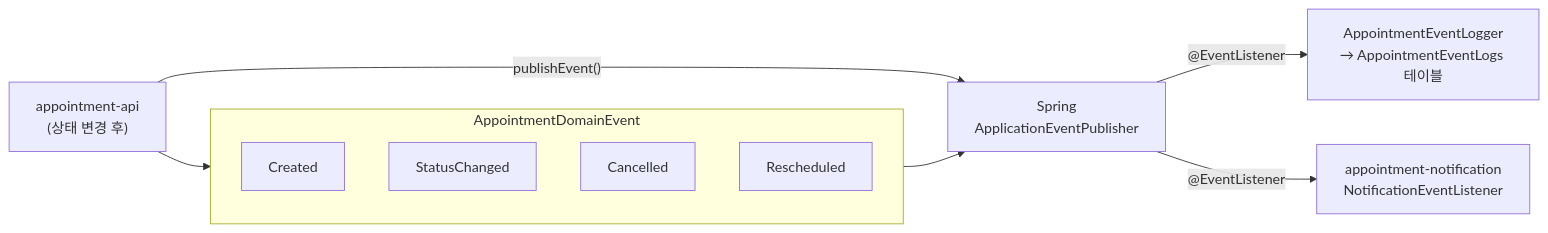
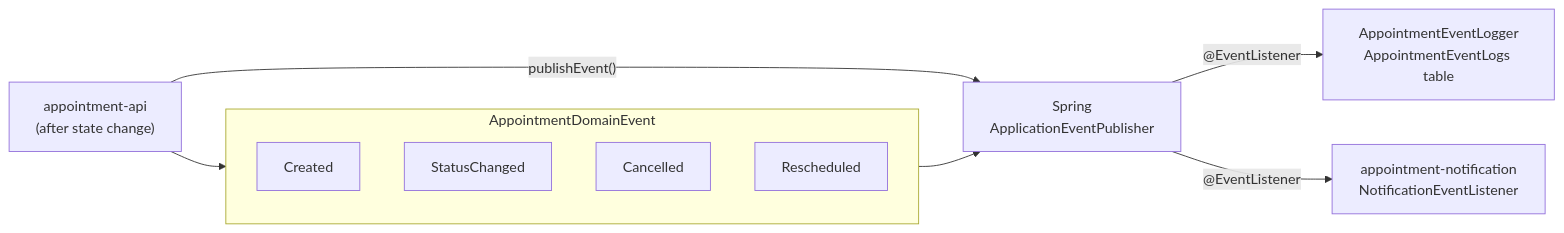
The diagram in appointment-event/README.md (bluetape4k/clinic-appointment), drawn with Mermaid before and after one commit. The commit also changed other lines of this file and 13 other files, not shown here.

````diff
--- a/appointment-event/README.md
+++ b/appointment-event/README.md
@@ -44,16 +51,16 @@
 ```mermaid
 flowchart LR
-    API["appointment-api\n(상태 변경 후)"] -->|"publishEvent()"| BUS["Spring\nApplicationEventPublisher"]
+    API["appointment-api\n(after state change)"] -->|"publishEvent()"| BUS["Spring\nApplicationEventPublisher"]
 
-    BUS -->|"@EventListener"| LOG["AppointmentEventLogger\n→ AppointmentEventLogs 테이블"]
+    BUS -->|"@EventListener"| LOG["AppointmentEventLogger\nAppointmentEventLogs table"]
     BUS -->|"@EventListener"| NOTIF["appointment-notification\nNotificationEventListener"]
 
     subgraph Events["AppointmentDomainEvent"]
-        E1["Created"] 
+        E1["Created"]
         E2["StatusChanged"]
         E3["Cancelled"]
         E4["Rescheduled"]
     end
 
     API --> Events --> BUS
 ```
````
